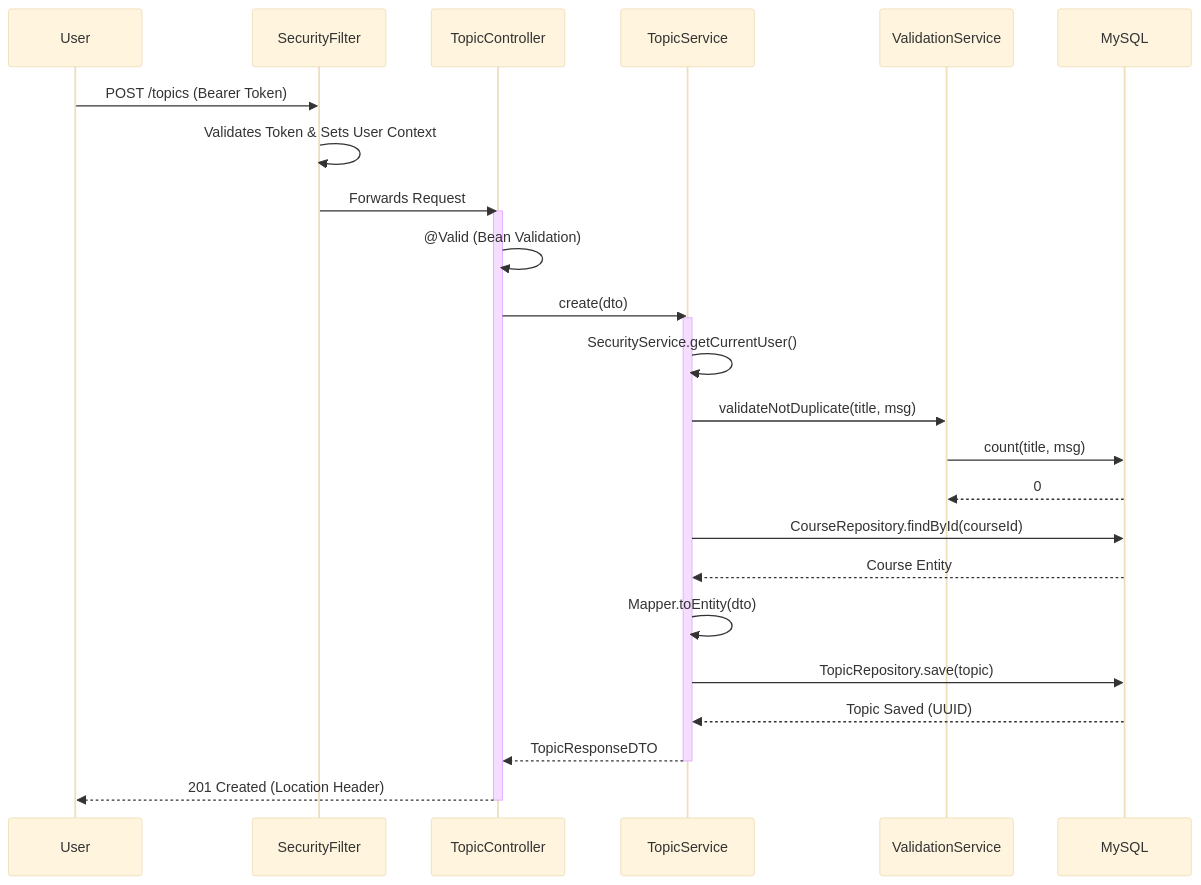
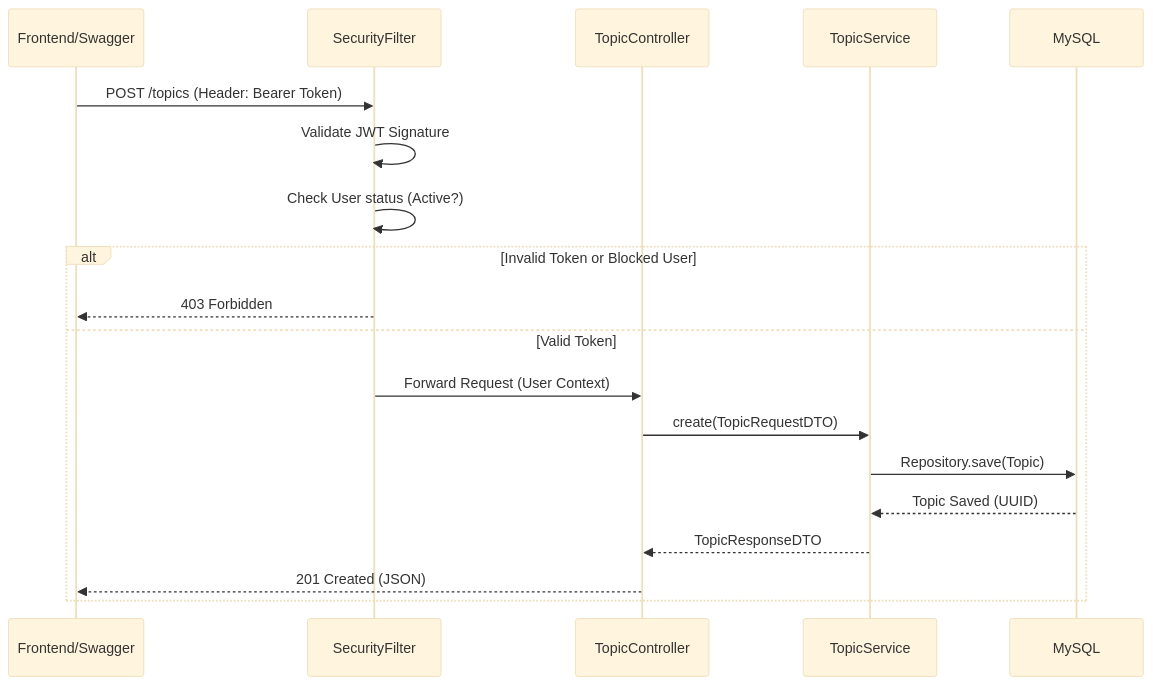
One commit to DessimA/forum-hub changed the third of 3 diagrams in docs/en/02-architecture.md. Above: the diagram before and after it, drawn with Mermaid (base theme). The commit also changed other lines of this file and 49 other files, not shown here.

First line of the commit message:
feat(security,docs): implement secrets management, i18n, and enhanced API documentation

````diff
--- a/docs/en/02-architecture.md
+++ b/docs/en/02-architecture.md
@@ -65,36 +134,23 @@
 ```mermaid
 sequenceDiagram
-    participant User
+    participant Client as Frontend/Swagger
     participant Filter as SecurityFilter
     participant API as TopicController
     participant Service as TopicService
-    participant Validator as ValidationService
     participant DB as MySQL
 
-    User->>Filter: POST /topics (Bearer Token)
-    Filter->>Filter: Validates Token & Sets User Context
-    Filter->>API: Forwards Request
-
-    activate API
-    API->>API: @Valid (Bean Validation)
-    API->>Service: create(dto)
+    Client->>Filter: POST /topics (Header: Bearer Token)
+    Filter->>Filter: Validate JWT Signature
+    Filter->>Filter: Check User status (Active?)
     
-    activate Service
-    Service->>Service: SecurityService.getCurrentUser()
-    Service->>Validator: validateNotDuplicate(title, msg)
-    Validator->>DB: count(title, msg)
-    DB-->>Validator: 0
-    
-    Service->>DB: CourseRepository.findById(courseId)
-    DB-->>Service: Course Entity
-    
-    Service->>Service: Mapper.toEntity(dto)
-    Service->>DB: TopicRepository.save(topic)
-    DB-->>Service: Topic Saved (UUID)
-    
-    Service-->>API: TopicResponseDTO
-    deactivate Service
-    
-    API-->>User: 201 Created (Location Header)
-    deactivate API
+    alt Invalid Token or Blocked User
+        Filter-->>Client: 403 Forbidden
+    else Valid Token
+        Filter->>API: Forward Request (User Context)
+        API->>Service: create(TopicRequestDTO)
+        Service->>DB: Repository.save(Topic)
+        DB-->>Service: Topic Saved (UUID)
+        Service-->>API: TopicResponseDTO
+        API-->>Client: 201 Created (JSON)
+    end
 ```
````
